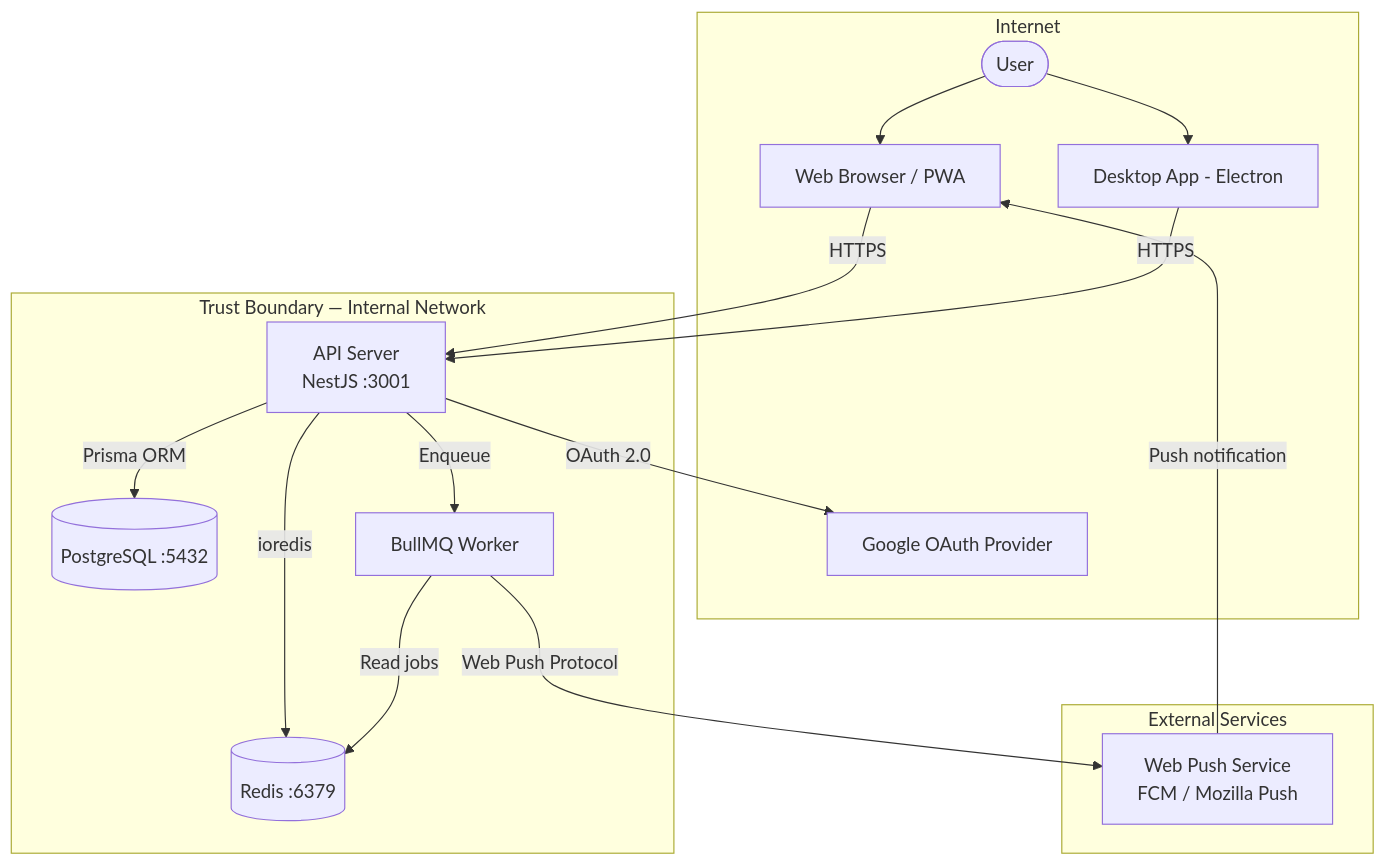
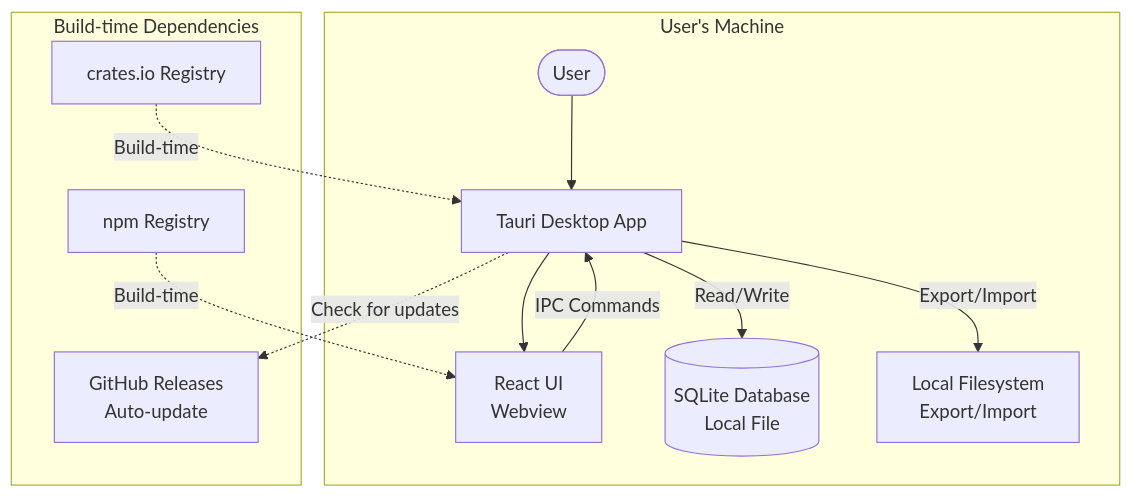
The first of 2 diagrams in docs/THREAT_MODEL.md (h3nryza/todo_app), drawn with Mermaid before and after one commit. The commit also changed other lines of this file and 11 other files, not shown here.

First line of the commit message:
chore: update CI/CD pipeline, docs, and threat model for local-first architecture

````diff
--- a/docs/THREAT_MODEL.md
+++ b/docs/THREAT_MODEL.md
@@ -18,32 +20,25 @@
 ```mermaid
 flowchart TB
-    subgraph Internet
+    subgraph UserMachine["User's Machine"]
         User([User])
-        Browser[Web Browser / PWA]
-        Desktop[Desktop App - Electron]
-        OAuth[Google OAuth Provider]
+        TauriApp[Tauri Desktop App]
+        WebView[React UI<br/>Webview]
+        SQLite[(SQLite Database<br/>Local File)]
+        FileSystem[Local Filesystem<br/>Export/Import]
     end
 
-    subgraph TrustBoundary["Trust Boundary — Internal Network"]
-        API[API Server<br/>NestJS :3001]
-        PG[(PostgreSQL :5432)]
-        Redis[(Redis :6379)]
-        Queue[BullMQ Worker]
+    subgraph BuildTime["Build-time Dependencies"]
+        npm[npm Registry]
+        Crates[crates.io Registry]
+        GitHub[GitHub Releases<br/>Auto-update]
     end
 
-    subgraph External["External Services"]
-        WebPush[Web Push Service<br/>FCM / Mozilla Push]
-    end
-
-    User --> Browser
-    User --> Desktop
-    Browser -- "HTTPS" --> API
-    Desktop -- "HTTPS" --> API
-    API -- "OAuth 2.0" --> OAuth
-    API -- "Prisma ORM" --> PG
-    API -- "ioredis" --> Redis
-    API -- "Enqueue" --> Queue
-    Queue -- "Read jobs" --> Redis
-    Queue -- "Web Push Protocol" --> WebPush
-    WebPush -- "Push notification" --> Browser
+    User --> TauriApp
+    TauriApp --> WebView
+    WebView -- "IPC Commands" --> TauriApp
+    TauriApp -- "Read/Write" --> SQLite
+    TauriApp -- "Export/Import" --> FileSystem
+    TauriApp -. "Check for updates" .-> GitHub
+    npm -. "Build-time" .-> WebView
+    Crates -. "Build-time" .-> TauriApp
 ```
````
